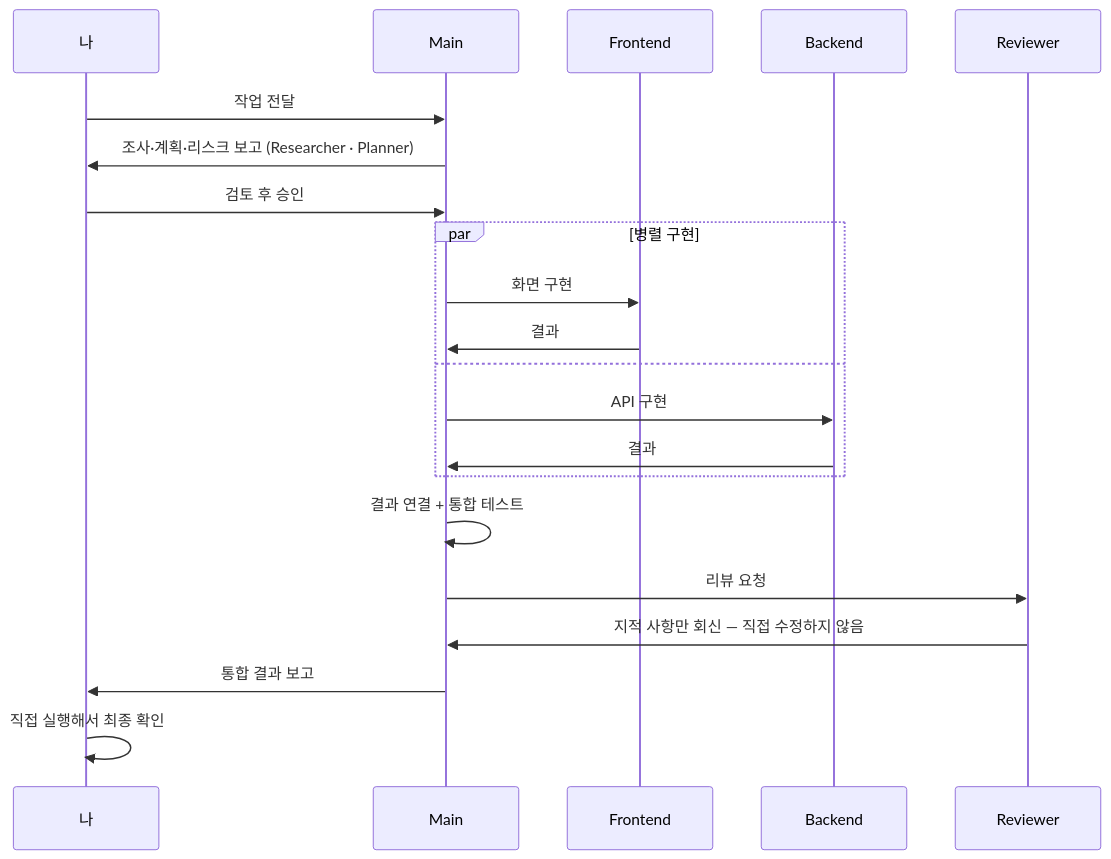
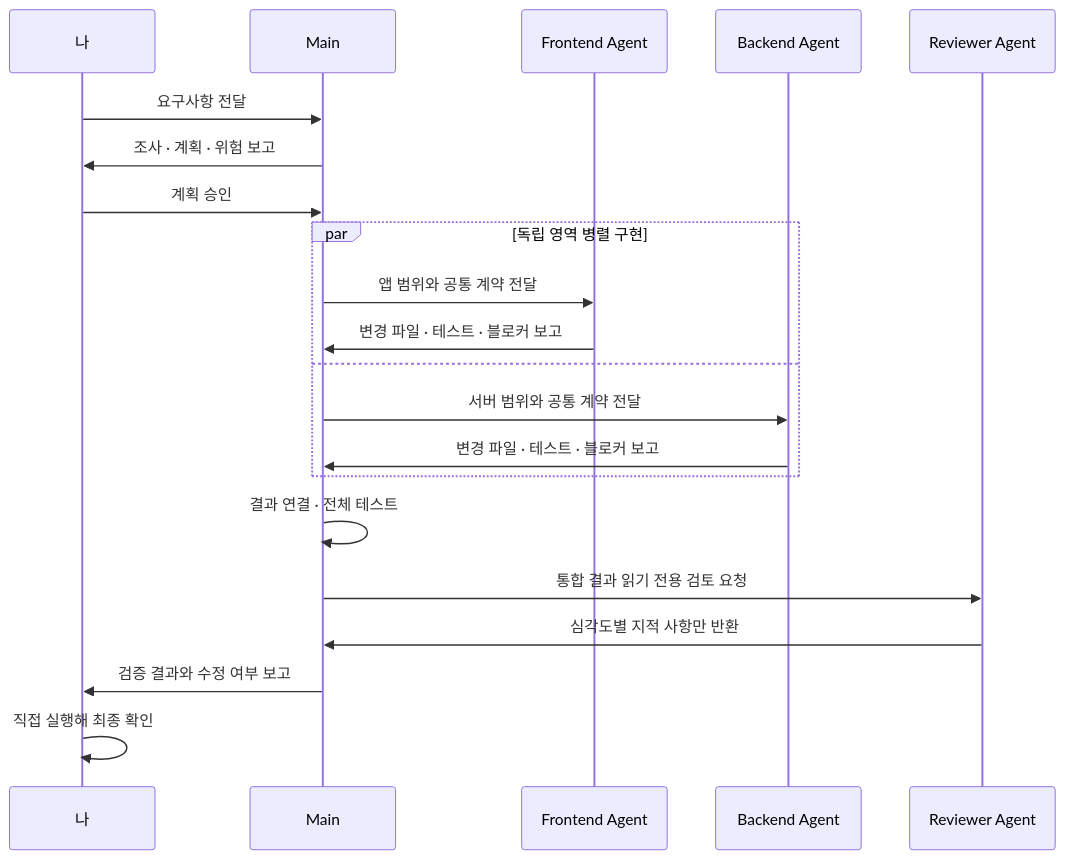
Before and after one commit to Jinacker/PortFolio: the second of 2 diagrams in public/mds/ai-workflow/roles.md, drawn with Mermaid. The commit also changed other lines of this file and 3 other files, not shown here.

````diff
--- a/public/mds/ai-workflow/roles.md
+++ b/public/mds/ai-workflow/roles.md
@@ -49,23 +114,24 @@
 ```mermaid
 sequenceDiagram
     participant Me as 나
     participant M as Main
-    participant F as Frontend
-    participant B as Backend
-    participant V as Reviewer
-    Me->>M: 작업 전달
-    M->>Me: 조사·계획·리스크 보고 (Researcher · Planner)
-    Me->>M: 검토 후 승인
-    par 병렬 구현
-        M->>F: 화면 구현
-        F->>M: 결과
+    participant F as Frontend Agent
+    participant B as Backend Agent
+    participant R as Reviewer Agent
+
+    Me->>M: 요구사항 전달
+    M->>Me: 조사 · 계획 · 위험 보고
+    Me->>M: 계획 승인
+    par 독립 영역 병렬 구현
+        M->>F: 앱 범위와 공통 계약 전달
+        F->>M: 변경 파일 · 테스트 · 블로커 보고
     and
-        M->>B: API 구현
-        B->>M: 결과
+        M->>B: 서버 범위와 공통 계약 전달
+        B->>M: 변경 파일 · 테스트 · 블로커 보고
     end
-    M->>M: 결과 연결 + 통합 테스트
-    M->>V: 리뷰 요청
-    V->>M: 지적 사항만 회신 — 직접 수정하지 않음
-    M->>Me: 통합 결과 보고
-    Me->>Me: 직접 실행해서 최종 확인
+    M->>M: 결과 연결 · 전체 테스트
+    M->>R: 통합 결과 읽기 전용 검토 요청
+    R->>M: 심각도별 지적 사항만 반환
+    M->>Me: 검증 결과와 수정 여부 보고
+    Me->>Me: 직접 실행해 최종 확인
 ```
````
